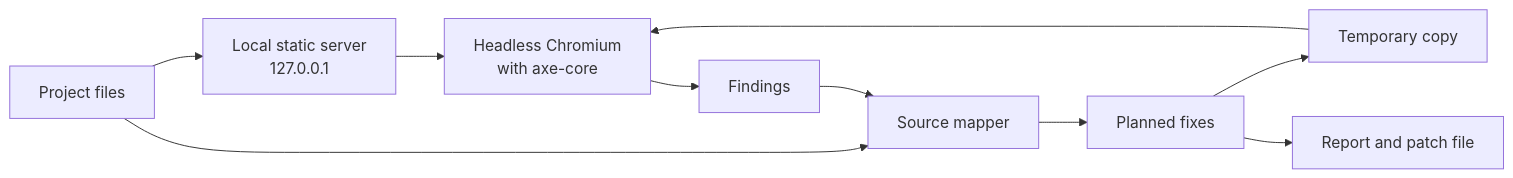
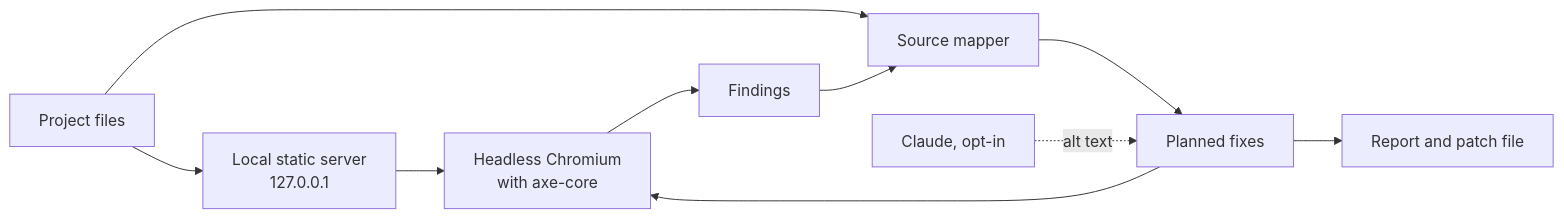
Before and after one commit to NoahIT/allymend: the diagram in docs/data-flow.md, drawn with Mermaid. The commit also changed other lines of this file and 10 other files, not shown here.

Commit message:
Write alt text with Claude from the command line

````diff
--- a/docs/data-flow.md
+++ b/docs/data-flow.md
@@ -5,12 +5,12 @@
 ```mermaid
 flowchart LR
     project[Project files] --> server[Local static server<br>127.0.0.1]
     server --> browser[Headless Chromium<br>with axe-core]
     browser --> findings[Findings]
     project --> mapper[Source mapper]
     findings --> mapper
     mapper --> fixes[Planned fixes]
-    fixes --> copy[Temporary copy]
-    copy --> browser
+    model[Claude, opt-in] -. alt text .-> fixes
+    fixes --> browser
     fixes --> outputs[Report and patch file]
 ```
````
